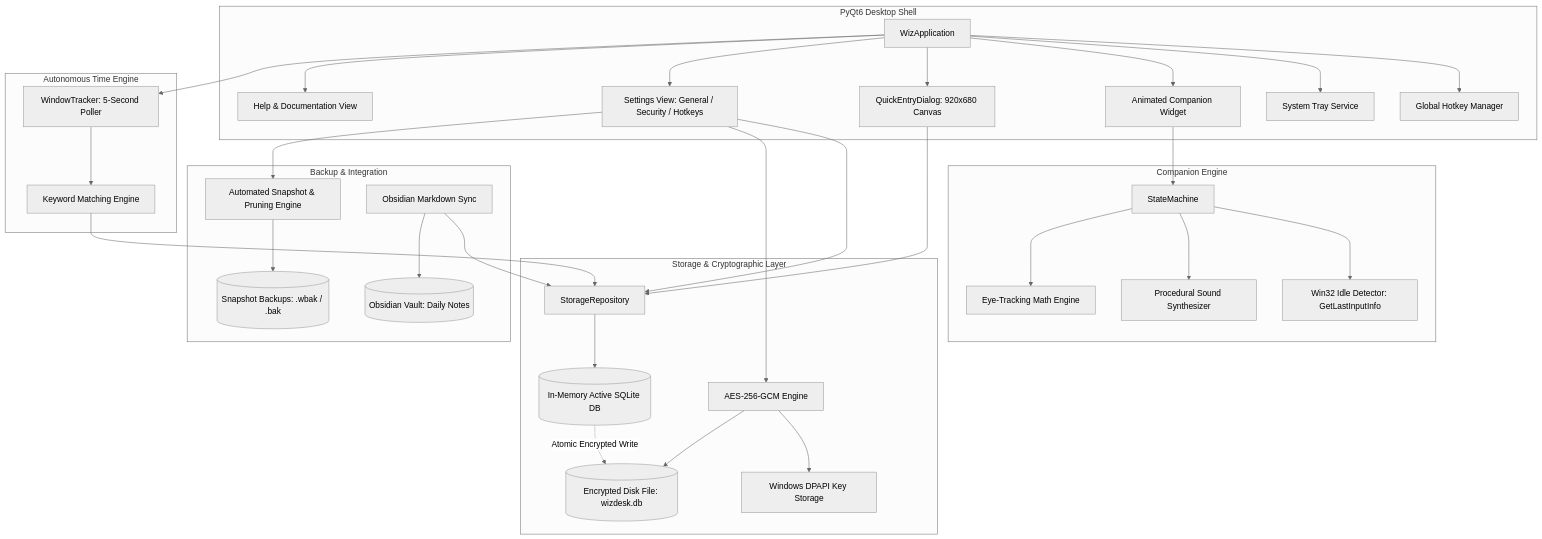
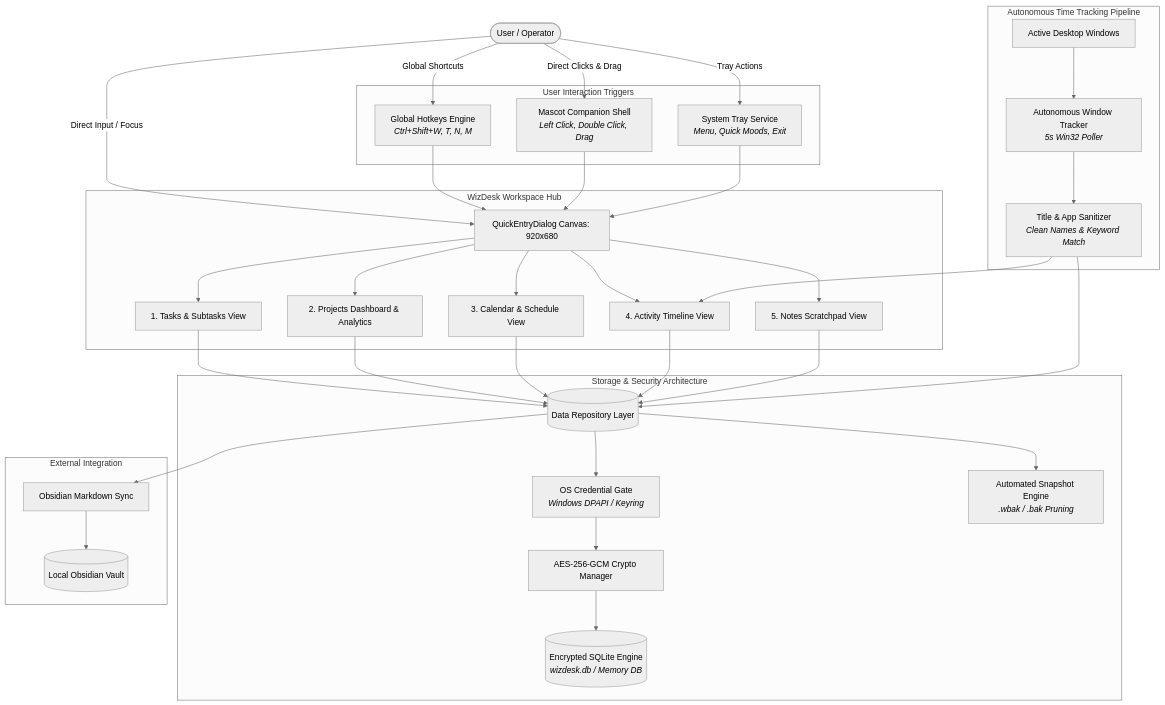
The first of 2 diagrams in README.md (Lukog10/WizDesk), drawn with Mermaid (neutral theme) before and after one commit. The commit also changed other lines of this file and 2 other files, not shown here.

Commit message:
Release v1.1.0: rebuild .exe, update system design, and streamline README

````diff
--- a/README.md
+++ b/README.md
@@ -66,69 +44,72 @@
 ```mermaid
 graph TD
-    subgraph UI_Shell [PyQt6 Desktop Shell]
-        APP[WizApplication]
-        TRAY[System Tray Service]
-        HOTKEY[Global Hotkey Manager]
-        MASCOT[Animated Companion Widget]
-        WORKSPACE[QuickEntryDialog: 920x680 Canvas]
-        SETTINGS[Settings View: General / Security / Hotkeys]
-        DOCS[Help & Documentation View]
+    USER([User / Operator])
+
+    subgraph Triggers [User Interaction Triggers]
+        HOTKEYS[Global Hotkeys Engine<br><i>Ctrl+Shift+W, T, N, M</i>]
+        MASCOT[Mascot Companion Shell<br><i>Left Click, Double Click, Drag</i>]
+        TRAY[System Tray Service<br><i>Menu, Quick Moods, Exit</i>]
     end
 
-    subgraph Companion_Engine [Companion Engine]
-        SM[StateMachine]
-        IDLE[Win32 Idle Detector: GetLastInputInfo]
-        AUDIO[Procedural Sound Synthesizer]
-        PUPIL[Eye-Tracking Math Engine]
+    subgraph Hub [WizDesk Workspace Hub]
+        WORKSPACE[QuickEntryDialog Canvas: 920x680]
+        VIEW_TASKS[1. Tasks & Subtasks View]
+        VIEW_DASH[2. Projects Dashboard & Analytics]
+        VIEW_CAL[3. Calendar & Schedule View]
+        VIEW_TIMELINE[4. Activity Timeline View]
+        VIEW_NOTES[5. Notes Scratchpad View]
     end
 
-    subgraph Tracking_Engine [Autonomous Time Engine]
-        TRACKER[WindowTracker: 5-Second Poller]
-        RULES[Keyword Matching Engine]
+    subgraph Tracking_Pipeline [Autonomous Time Tracking Pipeline]
+        ACTIVE_WIN[Active Desktop Windows]
+        POLLER[Autonomous Window Tracker<br><i>5s Win32 Poller</i>]
+        SANITIZER[Title & App Sanitizer<br><i>Clean Names & Keyword Match</i>]
     end
 
-    subgraph Storage_Crypto [Storage & Cryptographic Layer]
-        CRYPTO[AES-256-GCM Engine]
-        DPAPI[Windows DPAPI Key Storage]
-        REPO[StorageRepository]
-        MEMDB[(In-Memory Active SQLite DB)]
-        DISKDB[(Encrypted Disk File: wizdesk.db)]
+    subgraph Storage_Pipeline [Storage & Security Architecture]
+        REPO[(Data Repository Layer)]
+        GATE[OS Credential Gate<br><i>Windows DPAPI / Keyring</i>]
+        CRYPTO[AES-256-GCM Crypto Manager]
+        SQLITE[(Encrypted SQLite Engine<br><i>wizdesk.db / Memory DB</i>)]
+        BACKUP[Automated Snapshot Engine<br><i>.wbak / .bak Pruning</i>]
     end
 
-    subgraph Backup_Sync [Backup & Integration]
-        BACKUP[Automated Snapshot & Pruning Engine]
+    subgraph Sync_Integration [External Integration]
         OBSIDIAN[Obsidian Markdown Sync]
-        VAULT[(Obsidian Vault: Daily Notes)]
-        BAKFILES[(Snapshot Backups: .wbak / .bak)]
+        VAULT[(Local Obsidian Vault)]
     end
 
-    APP --> HOTKEY
-    APP --> TRAY
-    APP --> MASCOT
-    APP --> WORKSPACE
-    APP --> SETTINGS
-    APP --> DOCS
+    USER -->|Global Shortcuts| HOTKEYS
+    USER -->|Direct Clicks & Drag| MASCOT
+    USER -->|Tray Actions| TRAY
+    USER -->|Direct Input / Focus| WORKSPACE
 
-    MASCOT --> SM
-    SM --> IDLE
-    SM --> AUDIO
-    SM --> PUPIL
+    HOTKEYS --> WORKSPACE
+    MASCOT --> WORKSPACE
+    TRAY --> WORKSPACE
 
-    APP --> TRACKER
-    TRACKER --> RULES
-    RULES --> REPO
+    WORKSPACE --> VIEW_TASKS
+    WORKSPACE --> VIEW_DASH
+    WORKSPACE --> VIEW_CAL
+    WORKSPACE --> VIEW_TIMELINE
+    WORKSPACE --> VIEW_NOTES
 
-    WORKSPACE --> REPO
-    SETTINGS --> REPO
-    SETTINGS --> CRYPTO
-    SETTINGS --> BACKUP
+    VIEW_TASKS --> REPO
+    VIEW_DASH --> REPO
+    VIEW_CAL --> REPO
+    VIEW_TIMELINE --> REPO
+    VIEW_NOTES --> REPO
 
-    REPO --> MEMDB
-    CRYPTO --> DPAPI
-    CRYPTO --> DISKDB
-    MEMDB -.->|Atomic Encrypted Write| DISKDB
+    ACTIVE_WIN --> POLLER
+    POLLER --> SANITIZER
+    SANITIZER --> VIEW_TIMELINE
+    SANITIZER --> REPO
 
-    BACKUP --> BAKFILES
-    OBSIDIAN --> REPO
+    REPO --> GATE
+    GATE --> CRYPTO
+    CRYPTO --> SQLITE
+    REPO --> BACKUP
+
+    REPO --> OBSIDIAN
     OBSIDIAN --> VAULT
 ```
````
